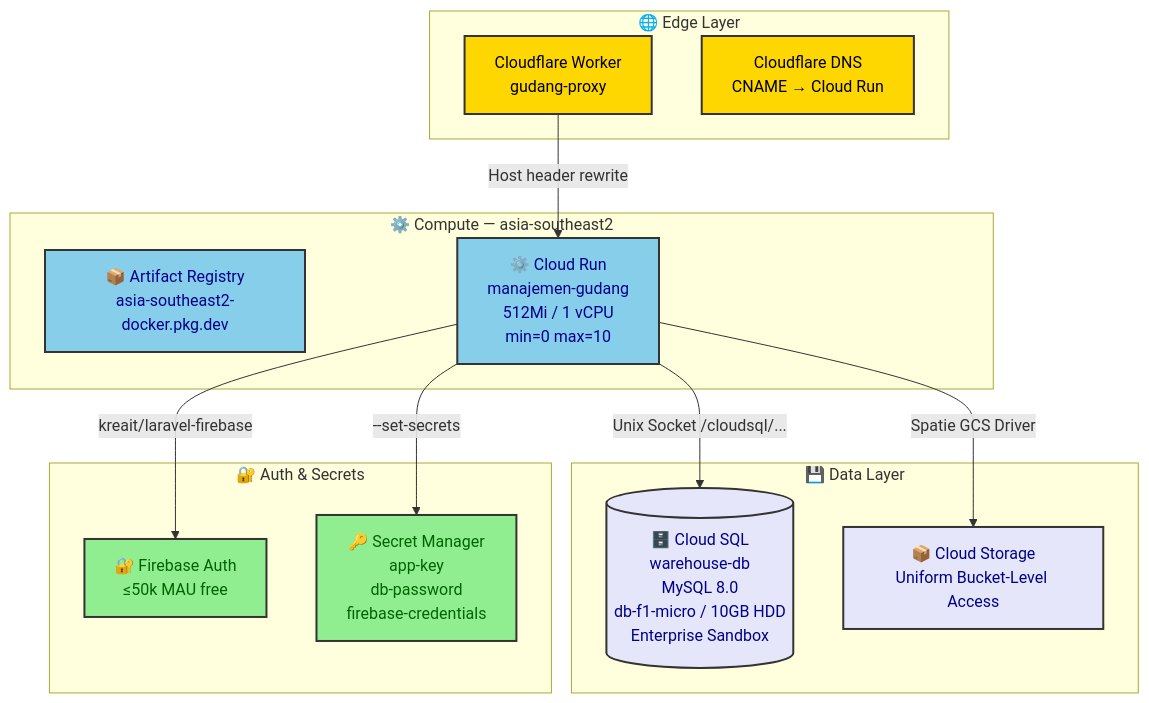
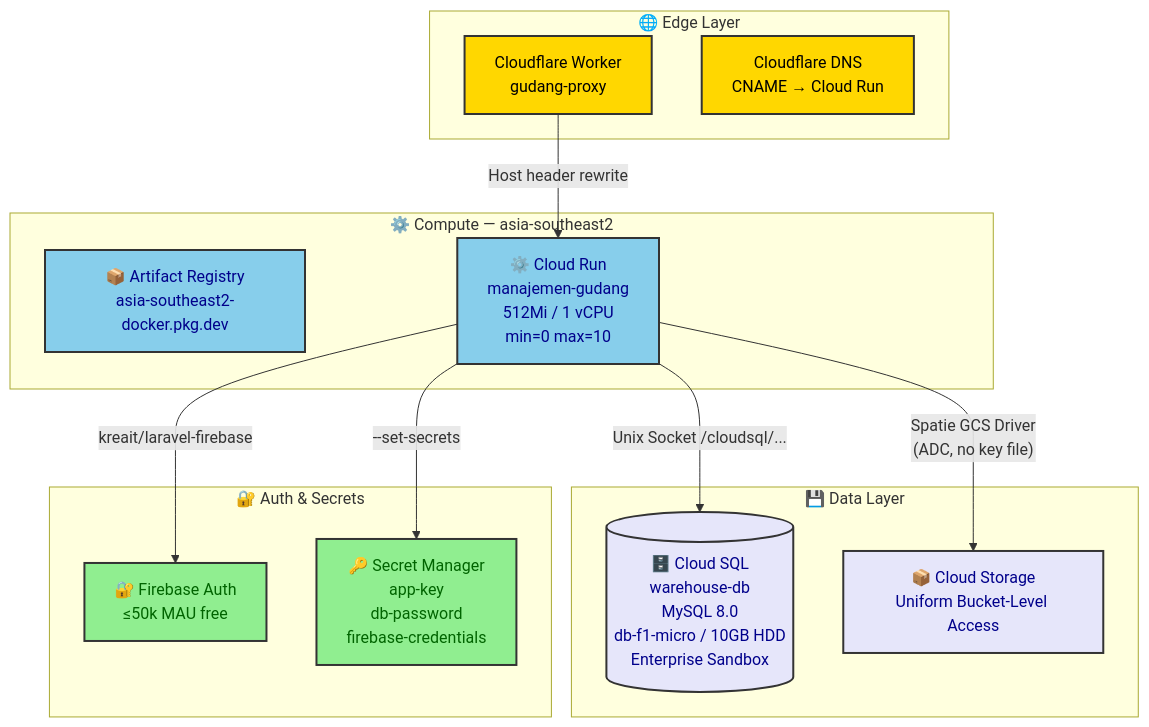
Before and after one commit to titorpw/Manajemen-Gudang-Cloud: the second of 3 diagrams in docs/cloud-infrastructure.md, drawn with Mermaid. The commit also changed other lines of this file and 6 other files, not shown here.

````diff
--- a/docs/cloud-infrastructure.md
+++ b/docs/cloud-infrastructure.md
@@ -34,38 +34,38 @@
 ```mermaid
 flowchart TB
     subgraph Edge["🌐 Edge Layer"]
         CFWorker[Cloudflare Worker<br/>gudang-proxy]
         CFDNS[Cloudflare DNS<br/>CNAME → Cloud Run]
     end
 
     subgraph Compute["⚙️ Compute — asia-southeast2"]
         AR[📦 Artifact Registry<br/>asia-southeast2-docker.pkg.dev]
         CR[⚙️ Cloud Run<br/>manajemen-gudang<br/>512Mi / 1 vCPU<br/>min=0 max=10]
     end
 
     subgraph Data["💾 Data Layer"]
         SQL[(🗄️ Cloud SQL<br/>warehouse-db<br/>MySQL 8.0<br/>db-f1-micro / 10GB HDD<br/>Enterprise Sandbox)]
         GCS[📦 Cloud Storage<br/>Uniform Bucket-Level Access]
     end
 
     subgraph Auth["🔐 Auth & Secrets"]
         FAuth[🔐 Firebase Auth<br/>≤50k MAU free]
         SM[🔑 Secret Manager<br/>app-key<br/>db-password<br/>firebase-credentials]
     end
 
     CFWorker -->|"Host header rewrite"| CR
     CR -->|"Unix Socket /cloudsql/..."| SQL
-    CR -->|"Spatie GCS Driver"| GCS
+    CR -->|"Spatie GCS Driver<br/>(ADC, no key file)"| GCS
     CR -->|"kreait/laravel-firebase"| FAuth
     CR -->|"--set-secrets"| SM
 
     classDef edge fill:#FFD700,stroke:#333,stroke-width:2px,color:black
     classDef compute fill:#87CEEB,stroke:#333,stroke-width:2px,color:darkblue
     classDef storage fill:#E6E6FA,stroke:#333,stroke-width:2px,color:darkblue
     classDef security fill:#90EE90,stroke:#333,stroke-width:2px,color:darkgreen
 
     class CFWorker,CFDNS edge
     class AR,CR compute
     class SQL,GCS storage
     class FAuth,SM security
 ```
````
